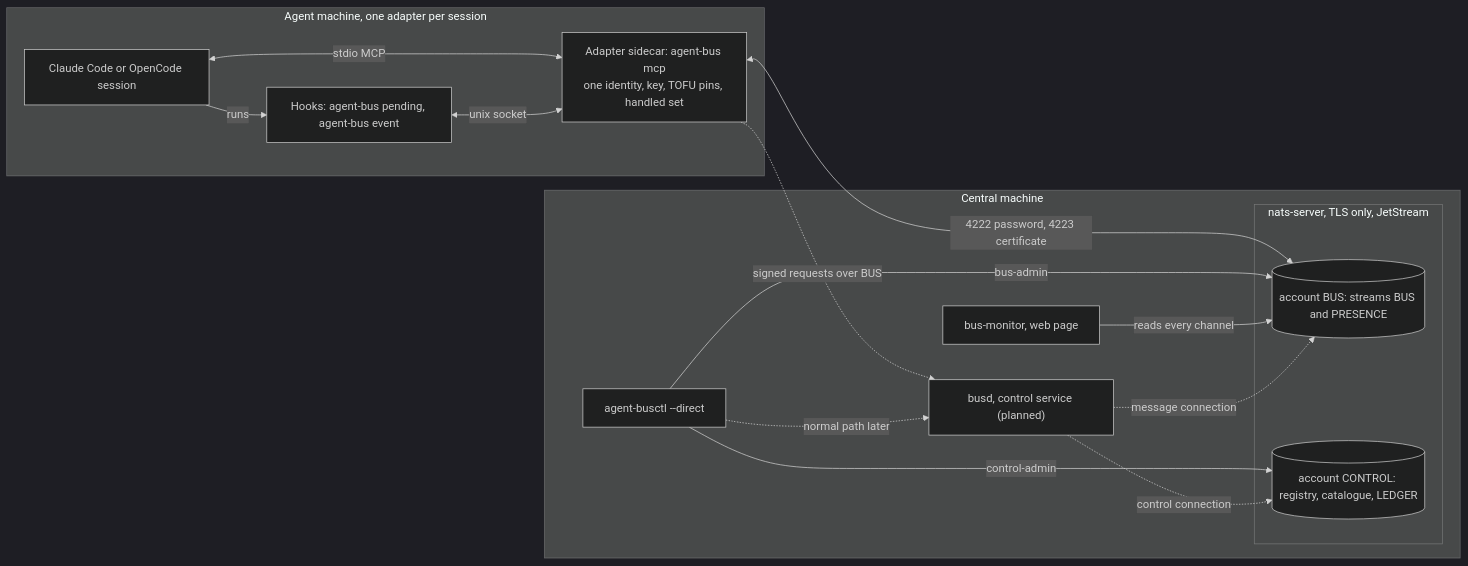
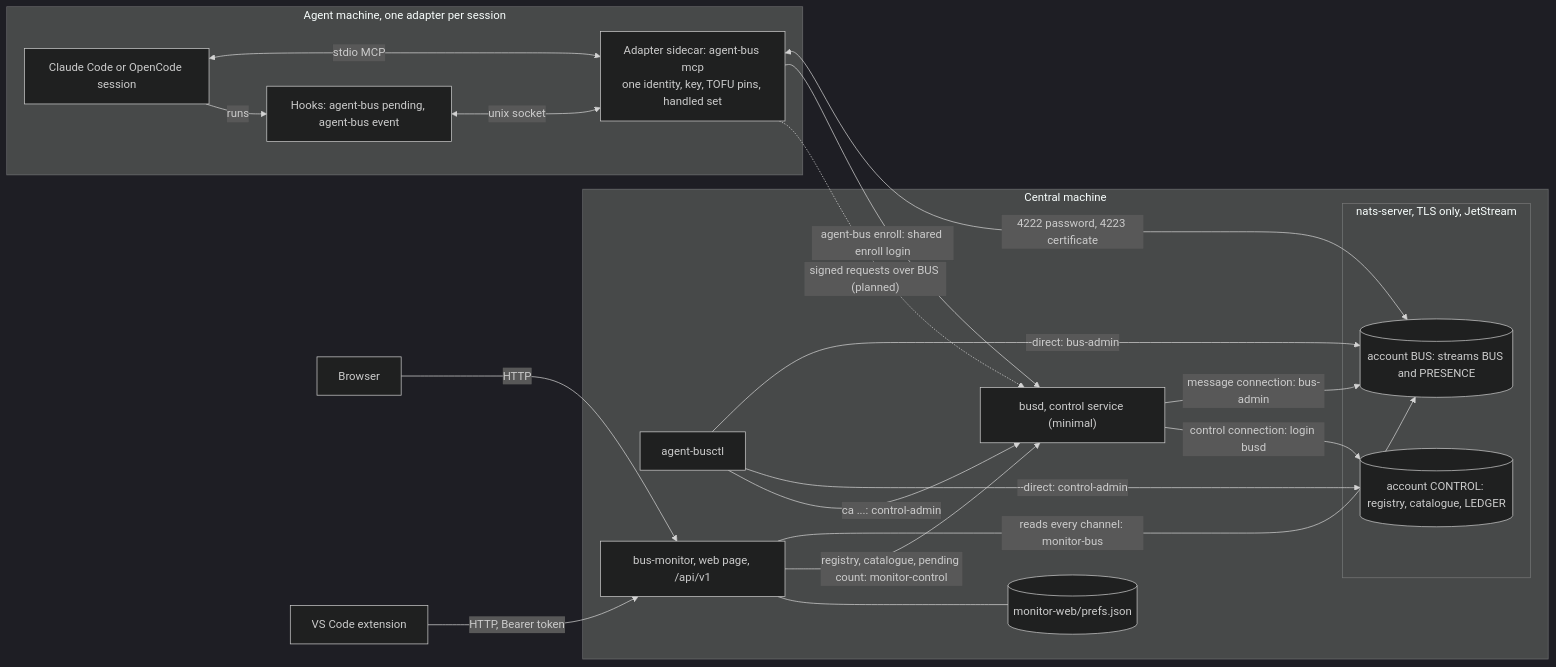
One commit to gentoomaniac/agent-bus changed the diagram in docs/design/architecture.md. Above: the diagram before and after it, drawn with Mermaid (dark theme). The commit also changed other lines of this file, not shown here.

Commit message:
docs/design: architecture shows busd, the monitor's clients, the VS Code extension and the OpenCode plugin
Claude-Session: https://claude.ai/code/session_017TJfhSr2WK61gHsPvC1vCP

````diff
--- a/docs/design/architecture.md
+++ b/docs/design/architecture.md
@@ -20,28 +20,36 @@
 ```mermaid
 flowchart LR
   subgraph machine["Agent machine, one adapter per session"]
     session["Claude Code or OpenCode session"]
     hooks["Hooks: agent-bus pending, agent-bus event"]
     adapter["Adapter sidecar: agent-bus mcp<br/>one identity, key, TOFU pins, handled set"]
     session <-->|"stdio MCP"| adapter
     hooks <-->|"unix socket"| adapter
     session -->|"runs"| hooks
   end
   subgraph central["Central machine"]
     subgraph nats["nats-server, TLS only, JetStream"]
       buss[("account BUS: streams BUS and PRESENCE")]
       control[("account CONTROL: registry, catalogue, LEDGER")]
     end
-    busctl["agent-busctl --direct"]
-    monitor["bus-monitor, web page"]
-    busd["busd, control service (planned)"]
+    busctl["agent-busctl"]
+    monitor["bus-monitor, web page, /api/v1"]
+    busd["busd, control service (minimal)"]
+    prefs[("monitor-web/prefs.json")]
   end
+  browser["Browser"]
+  vscode["VS Code extension"]
   adapter <-->|"4222 password, 4223 certificate"| buss
-  busctl -->|"bus-admin"| buss
-  busctl -->|"control-admin"| control
-  monitor -->|"reads every channel"| buss
-  busd -.->|"message connection"| buss
-  busd -.->|"control connection"| control
-  adapter -.->|"signed requests over BUS"| busd
-  busctl -.->|"normal path later"| busd
+  busctl -->|"--direct: bus-admin"| buss
+  busctl -->|"--direct: control-admin"| control
+  busctl -->|"ca ...: control-admin"| busd
+  adapter -->|"agent-bus enroll: shared enroll login"| busd
+  monitor -->|"reads every channel: monitor-bus"| buss
+  monitor -->|"registry, catalogue, pending count: monitor-control"| busd
+  monitor --- prefs
+  browser -->|"HTTP"| monitor
+  vscode -->|"HTTP, Bearer token"| monitor
+  busd -->|"message connection: bus-admin"| buss
+  busd -->|"control connection: login busd"| control
+  adapter -.->|"signed requests over BUS (planned)"| busd
 ```
````
